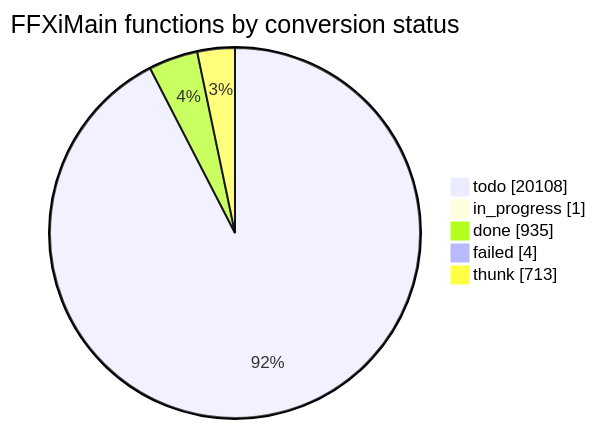
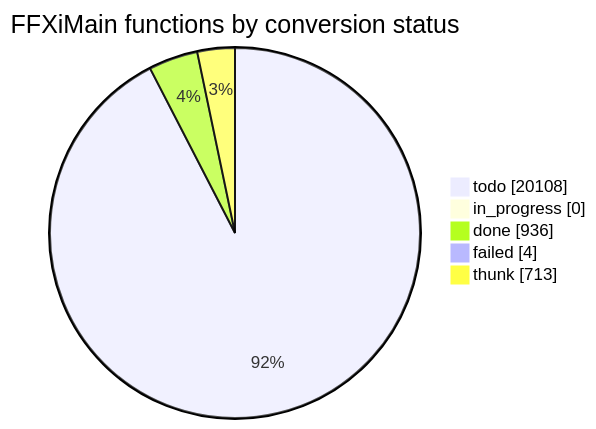
The diagram in docs/cow/STATUS.md (cowrevenge/cow_kuluu_xi_anything), drawn with Mermaid before and after one commit. The commit also changed other lines of this file and 9 other files, not shown here.

````diff
--- a/docs/cow/STATUS.md
+++ b/docs/cow/STATUS.md
@@ -18,9 +18,9 @@
 ```mermaid
 pie showData
     title FFXiMain functions by conversion status
     "todo" : 20108
-    "in_progress" : 1
-    "done" : 935
+    "in_progress" : 0
+    "done" : 936
     "failed" : 4
     "thunk" : 713
 ```
````
